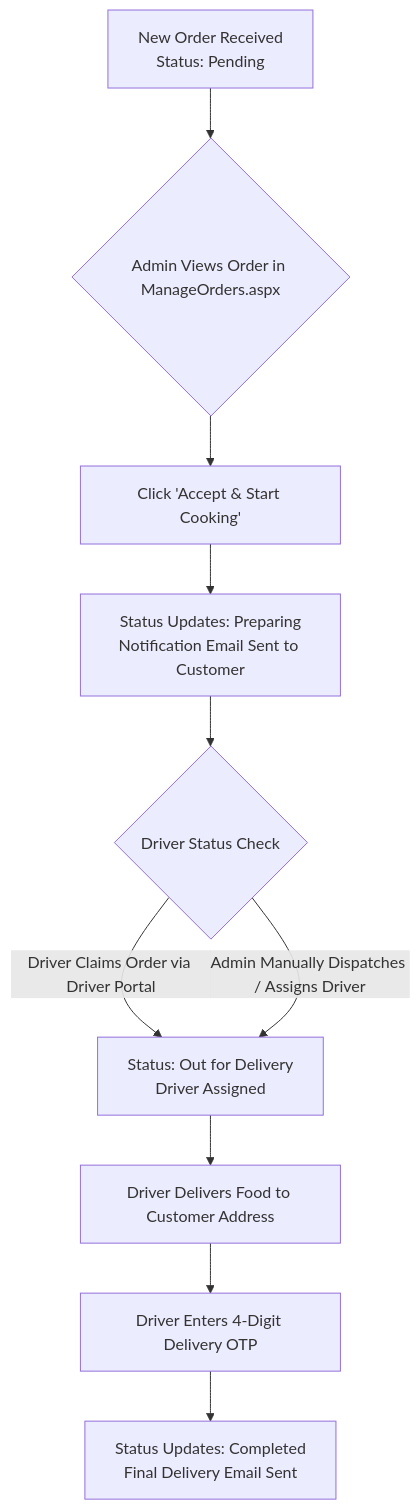
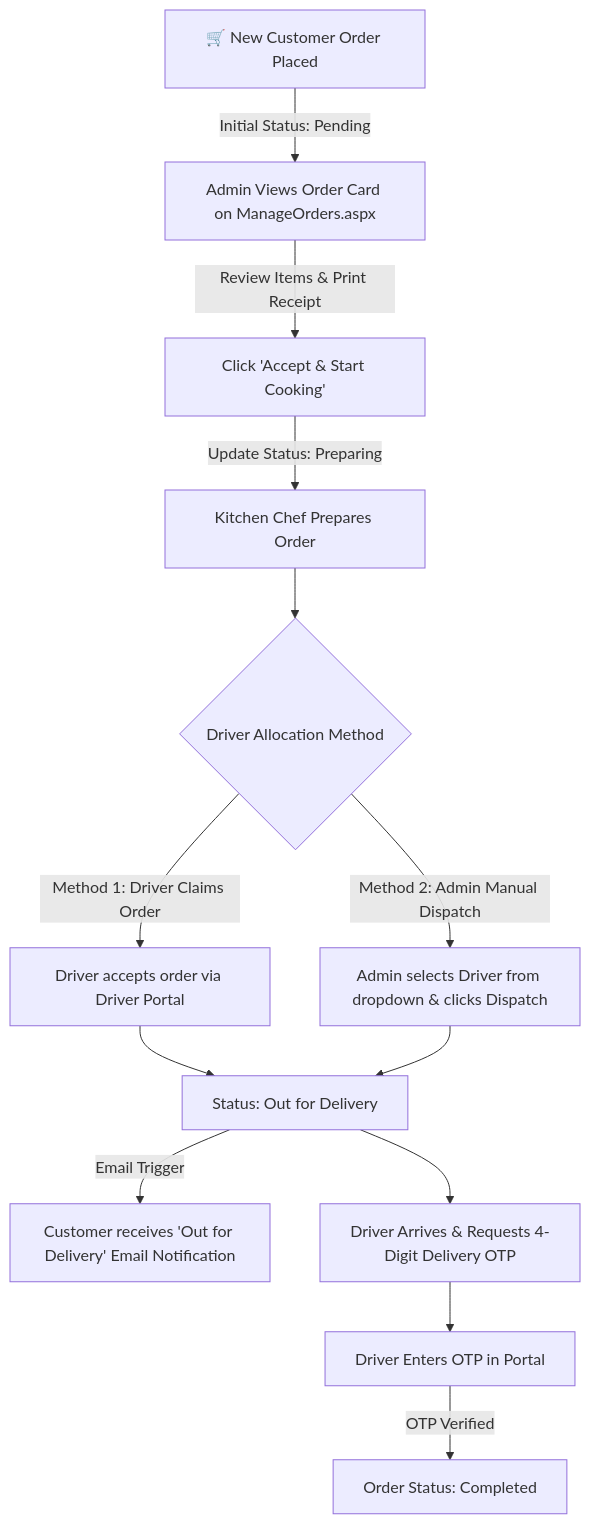
The diagram in CLoud Kitchen Project/Cloud Kitchen/docs/2_ADMIN_WORKFLOW.md (vinitsonii/Cloud-kitchen-management-system), drawn with Mermaid before and after one commit. The commit also changed other lines of this file and 2 other files, not shown here.

Commit message:
docs: Redesign sequence and flowchart diagrams across workflow markdown files for crystal clarity

````diff
--- a/CLoud Kitchen Project/Cloud Kitchen/docs/2_ADMIN_WORKFLOW.md
+++ b/CLoud Kitchen Project/Cloud Kitchen/docs/2_ADMIN_WORKFLOW.md
@@ -25,14 +25,22 @@
 ```mermaid
 flowchart TD
-    A[New Order Received\nStatus: Pending] --> B{Admin Views Order in ManageOrders.aspx}
-    B --> C[Click 'Accept & Start Cooking']
-    C --> D[Status Updates: Preparing\nNotification Email Sent to Customer]
+    A[🛒 New Customer Order Placed] -->|Initial Status: Pending| B[Admin Views Order Card on ManageOrders.aspx]
     
-    D --> E{Driver Status Check}
-    E -- Driver Claims Order via Driver Portal --> F[Status: Out for Delivery\nDriver Assigned]
-    E -- Admin Manually Dispatches / Assigns Driver --> F
+    B -->|Review Items & Print Receipt| C[Click 'Accept & Start Cooking']
+    C -->|Update Status: Preparing| D[Kitchen Chef Prepares Order]
     
-    F --> G[Driver Delivers Food to Customer Address]
-    G --> H[Driver Enters 4-Digit Delivery OTP]
-    H --> I[Status Updates: Completed\nFinal Delivery Email Sent]
+    D --> E{Driver Allocation Method}
+    
+    E -->|Method 1: Driver Claims Order| F[Driver accepts order via Driver Portal]
+    E -->|Method 2: Admin Manual Dispatch| G[Admin selects Driver from dropdown & clicks Dispatch]
+    
+    F --> H[Status: Out for Delivery]
+    G --> H
+    
+    H -->|Email Trigger| I[Customer receives 'Out for Delivery' Email Notification]
+    
+    H --> J[Driver Arrives & Requests 4-Digit Delivery OTP]
+    J --> K[Driver Enters OTP in Portal]
+    
+    K -->|OTP Verified| L[Order Status: Completed]
 ```
````
